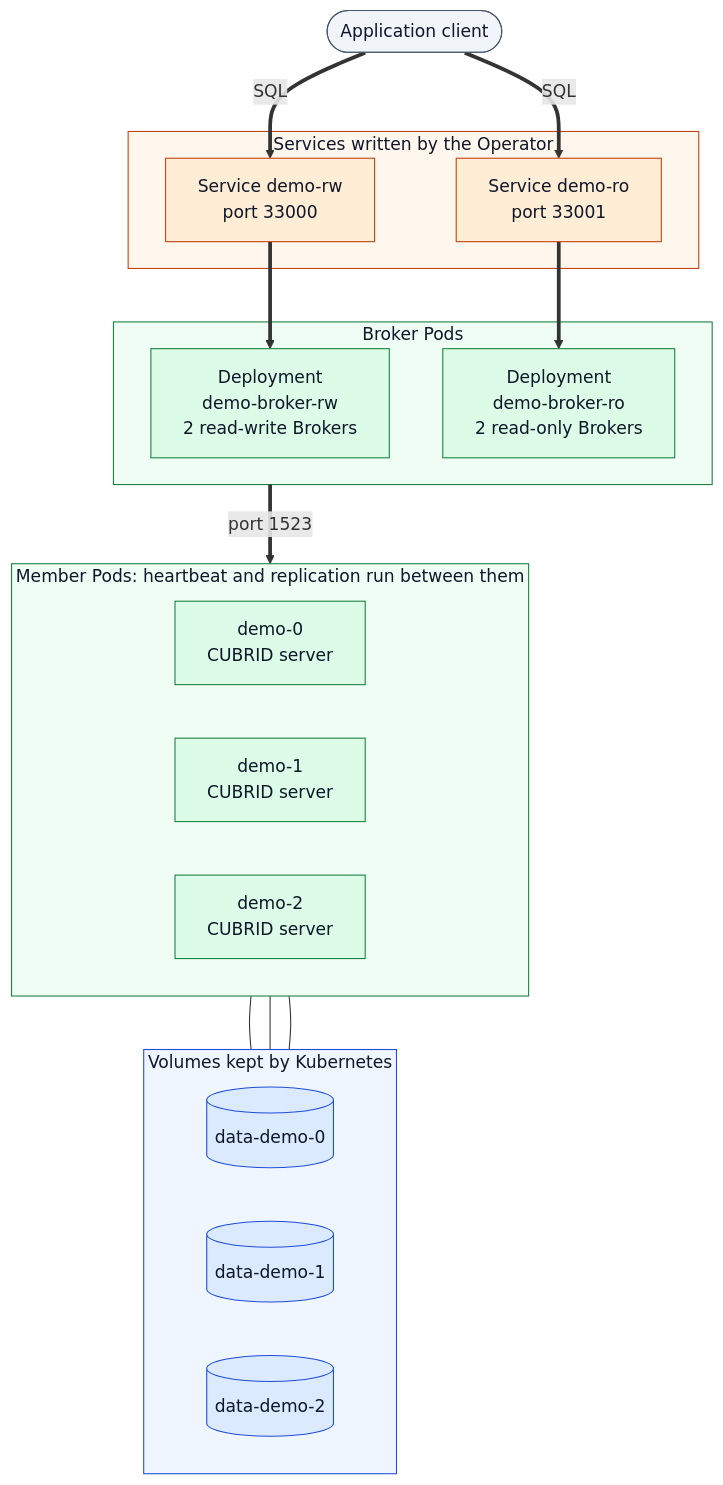
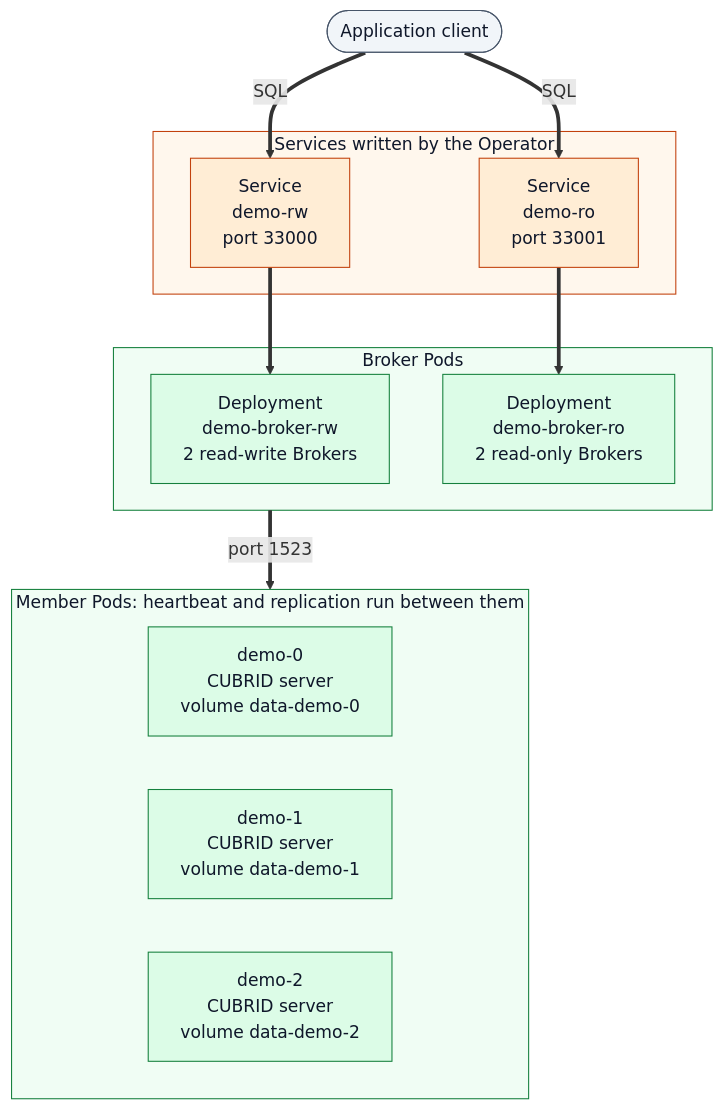
The second of 2 diagrams in docs/architecture/topology.md (cubrid-lab/cubrid-kubernetes-operator), drawn with Mermaid before and after one commit. The commit also changed 3 other files, not shown here.

Commit message:
docs(architecture): narrow the sequence diagrams and keep member order

````diff
--- a/docs/architecture/topology.md
+++ b/docs/architecture/topology.md
@@ -71,47 +71,36 @@
 ```mermaid
 flowchart TB
     client(["Application client"]):::ext
 
     subgraph svcs["Services written by the Operator"]
-        rw["Service demo-rw<br/>port 33000"]:::op
-        ro["Service demo-ro<br/>port 33001"]:::op
+        rw["Service<br/>demo-rw<br/>port 33000"]:::op
+        ro["Service<br/>demo-ro<br/>port 33001"]:::op
     end
 
     subgraph brokers["Broker Pods"]
         brw["Deployment<br/>demo-broker-rw<br/>2 read-write Brokers"]:::cubrid
         bro["Deployment<br/>demo-broker-ro<br/>2 read-only Brokers"]:::cubrid
     end
 
     subgraph members["Member Pods: heartbeat and replication run between them"]
         direction LR
-        m0["demo-0<br/>CUBRID server"]:::cubrid
-        m1["demo-1<br/>CUBRID server"]:::cubrid
-        m2["demo-2<br/>CUBRID server"]:::cubrid
-    end
-
-    subgraph vols["Volumes kept by Kubernetes"]
-        direction LR
-        v0[("data-demo-0")]:::k8s
-        v1[("data-demo-1")]:::k8s
-        v2[("data-demo-2")]:::k8s
+        m0["demo-0<br/>CUBRID server<br/>volume data-demo-0"]:::cubrid
+        m1["demo-1<br/>CUBRID server<br/>volume data-demo-1"]:::cubrid
+        m2["demo-2<br/>CUBRID server<br/>volume data-demo-2"]:::cubrid
     end
 
     client == "SQL" ==> rw
     client == "SQL" ==> ro
     rw ==> brw
     ro ==> bro
     brokers == "port 1523" ==> members
-    m0 --- v0
-    m1 --- v1
-    m2 --- v2
 
     classDef k8s fill:#dbeafe,stroke:#1d4ed8,color:#0f172a
     classDef op fill:#ffedd5,stroke:#c2410c,color:#0f172a
     classDef cubrid fill:#dcfce7,stroke:#15803d,color:#0f172a
     classDef ext fill:#f1f5f9,stroke:#475569,color:#0f172a
 
     style svcs fill:#fff7ed,stroke:#c2410c,color:#0f172a
     style brokers fill:#f0fdf4,stroke:#15803d,color:#0f172a
     style members fill:#f0fdf4,stroke:#15803d,color:#0f172a
-    style vols fill:#eff6ff,stroke:#1d4ed8,color:#0f172a
 ```
````
